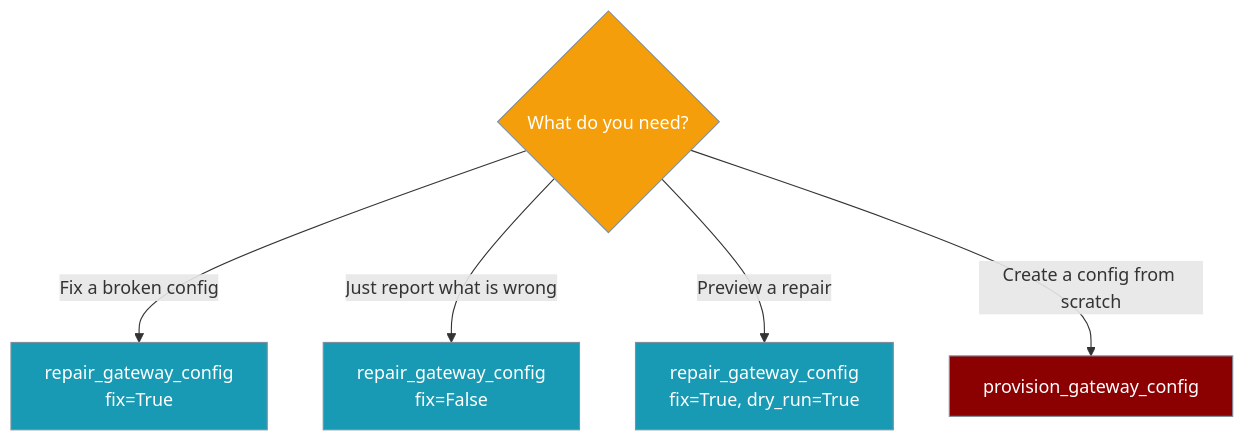
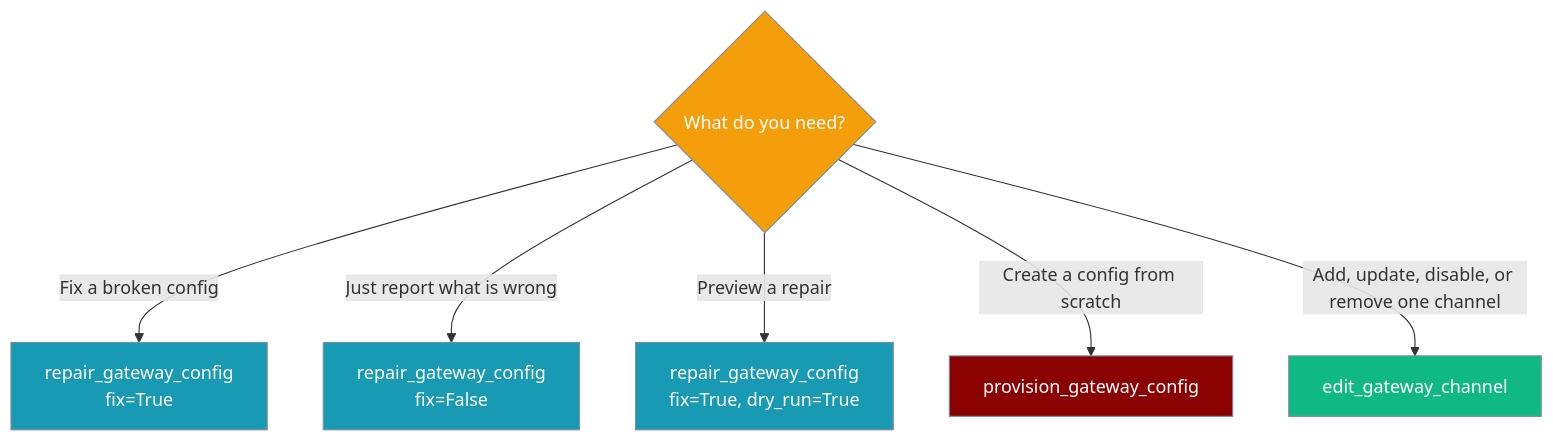
One commit to MervinPraison/PraisonAIDocs changed the third of 3 diagrams in docs/features/gateway-admin-api.mdx. Above: the diagram before and after it, drawn with Mermaid. The commit also changed other lines of this file and 3 other files, not shown here.

Commit message:
fix: document gateway channels add/update/disable/remove and edit_gateway_channel (fixes #4778)

````diff
--- a/docs/features/gateway-admin-api.mdx
+++ b/docs/features/gateway-admin-api.mdx
@@ -96,15 +96,18 @@
 ```mermaid
 graph TB
     Start{What do you need?} -->|Fix a broken config| A[repair_gateway_config<br/>fix=True]
     Start -->|Just report what is wrong| B[repair_gateway_config<br/>fix=False]
     Start -->|Preview a repair| C[repair_gateway_config<br/>fix=True, dry_run=True]
     Start -->|Create a config from scratch| D[provision_gateway_config]
+    Start -->|Add, update, disable, or remove one channel| E[edit_gateway_channel]
 
     classDef decision fill:#F59E0B,stroke:#7C90A0,color:#fff
     classDef repair fill:#189AB4,stroke:#7C90A0,color:#fff
     classDef create fill:#8B0000,stroke:#7C90A0,color:#fff
+    classDef edit fill:#10B981,stroke:#7C90A0,color:#fff
 
     class Start decision
     class A,B,C repair
     class D create
+    class E edit
 ```
````
